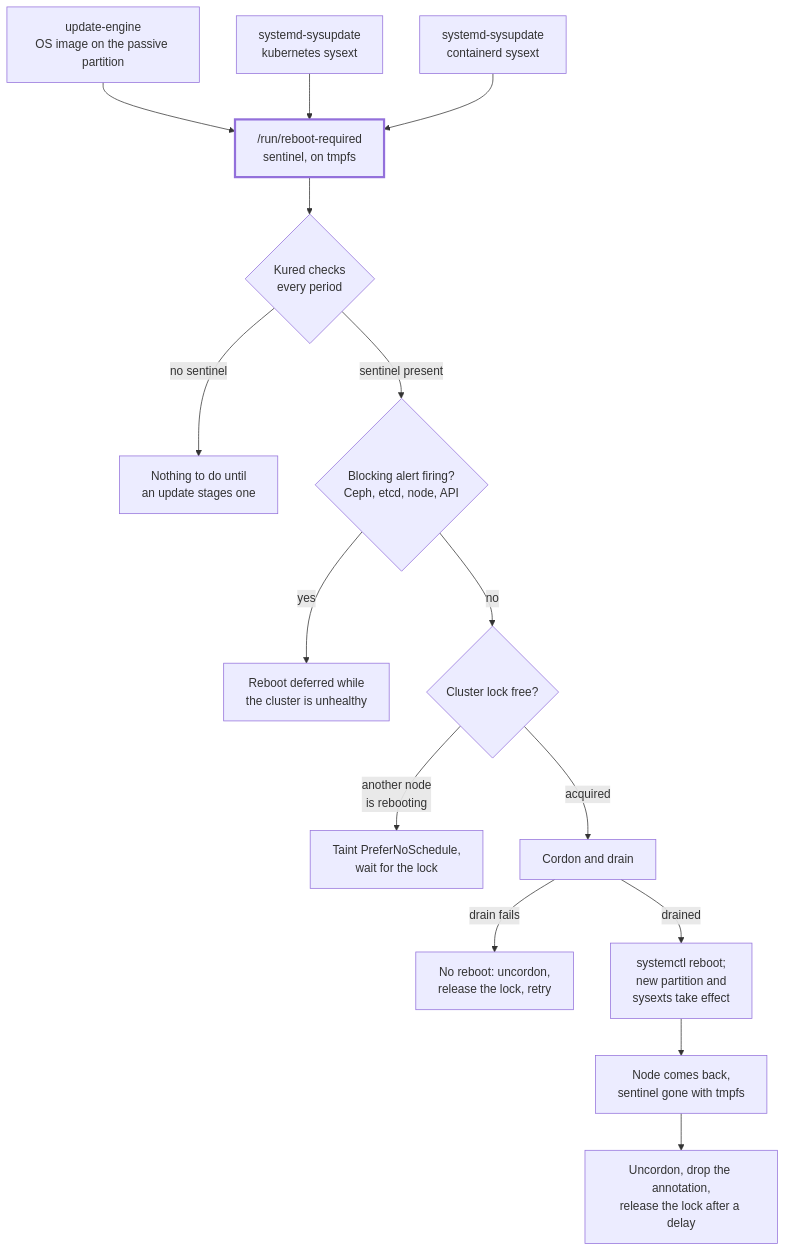
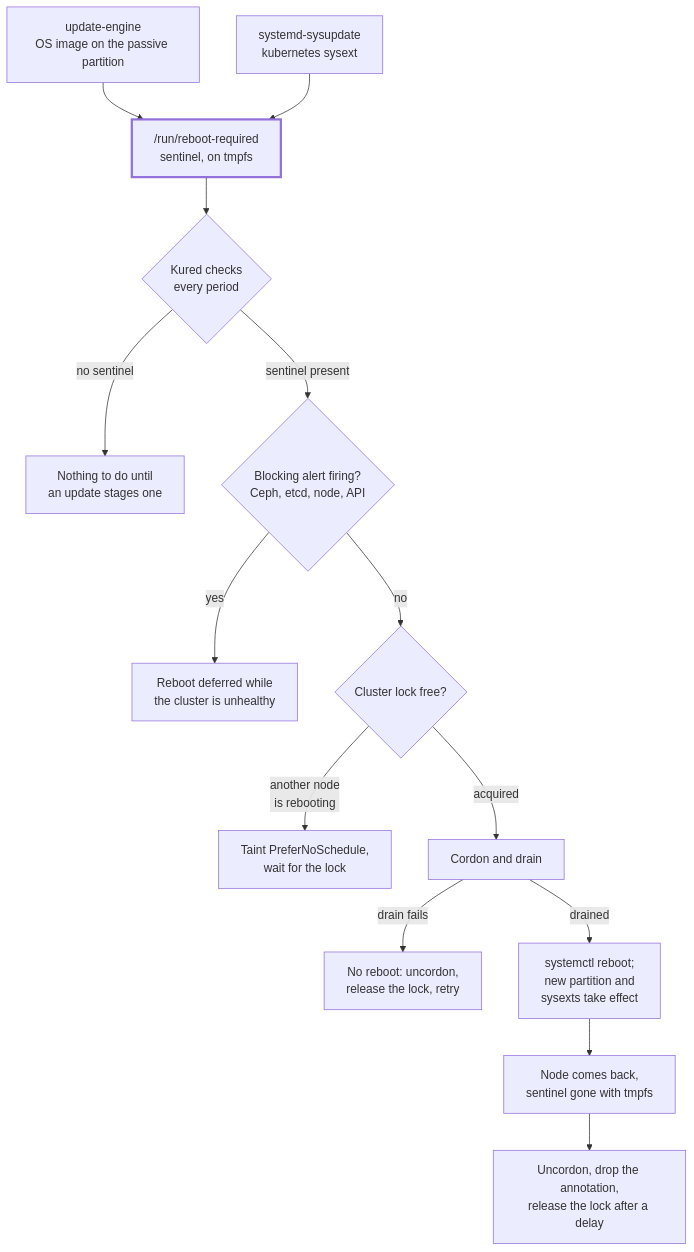
Before and after one commit to JanWelker/homelab: the diagram in docs/platform/kured.md, drawn with Mermaid. The commit also changed other lines of this file and 16 other files, not shown here.

First line of the commit message:
fix(provisioning): drop the containerd sysext, use the containerd Flatcar ships (#952)

````diff
--- a/docs/platform/kured.md
+++ b/docs/platform/kured.md
@@ -35,21 +34,20 @@
 ```mermaid
 flowchart TD
     OS["update-engine<br/>OS image on the passive partition"] --> SEN
     KUBE["systemd-sysupdate<br/>kubernetes sysext"] --> SEN
-    CTR["systemd-sysupdate<br/>containerd sysext"] --> SEN
 
     SEN["/run/reboot-required<br/>sentinel, on tmpfs"] --> TICK{"Kured checks<br/>every period"}
 
     TICK -->|"no sentinel"| SLEEP["Nothing to do until<br/>an update stages one"]
     TICK -->|"sentinel present"| ALERT{"Blocking alert firing?<br/>Ceph, etcd, node, API"}
     ALERT -->|"yes"| HELD["Reboot deferred while<br/>the cluster is unhealthy"]
     ALERT -->|"no"| LOCK{"Cluster lock free?"}
     LOCK -->|"another node<br/>is rebooting"| TAINT["Taint PreferNoSchedule,<br/>wait for the lock"]
     LOCK -->|"acquired"| DRAIN["Cordon and drain"]
     DRAIN -->|"drain fails"| GIVEUP["No reboot: uncordon,<br/>release the lock, retry"]
     DRAIN -->|"drained"| BOOT["systemctl reboot;<br/>new partition and<br/>sysexts take effect"]
     BOOT --> UP["Node comes back,<br/>sentinel gone with tmpfs"]
     UP --> DONE["Uncordon, drop the annotation,<br/>release the lock after a delay"]
 
     style SEN stroke-width:3px
 ```
````
